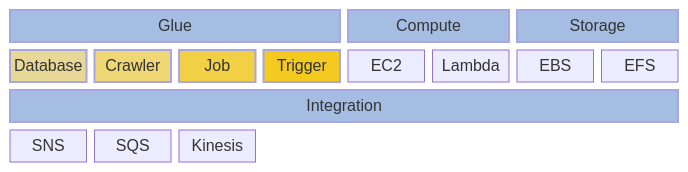
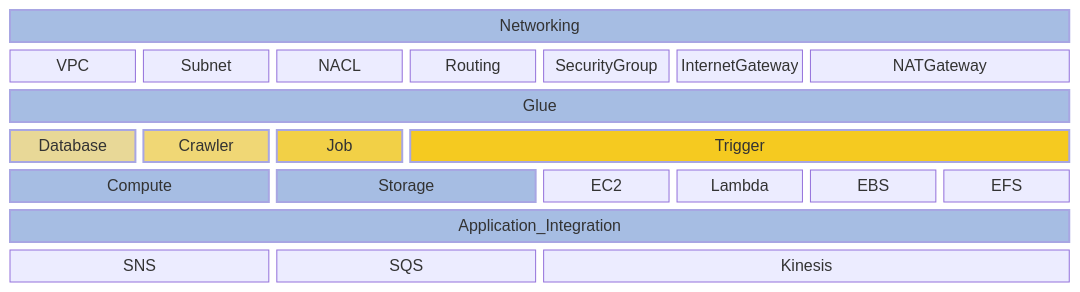
One commit to subhamay-bhattacharyya/.github changed the second of 2 diagrams in profile/README.md. Above: the diagram before and after it, drawn with Mermaid. The commit also changed other lines of this file, not shown here.

````diff
--- a/profile/README.md
+++ b/profile/README.md
@@ -76,17 +76,22 @@
 ```mermaid
 block-beta
       columns 8
-      Glue:4 Compute:2 Storage:2
-      Database:1 Crawler:1 Job:1 Trigger:1 EC2:1 Lambda:1 EBS:1 EFS:1
-      Integration:8
-      SNS:1 SQS:1 Kinesis:1
+      Networking:8
+      VPC:1 Subnet:1 NACL:1 Routing:1 SecurityGroup:1 InternetGateway:1 NATGateway:2
+      Glue:8
+      Database:1 Crawler:1 Job:1 Trigger:5
+      Compute:2 Storage:2
+      EC2:1 Lambda:1 EBS:1 EFS:1
+      Application_Integration:8
+      SNS:2 SQS:2 Kinesis:4
       style Glue fill:#a6bde3,stroke:#a8a6e3,stroke-width:2px
       style Compute fill:#a6bde3,stroke:#a8a6e3,stroke-width:2px
       style Storage fill:#a6bde3,stroke:#a8a6e3,stroke-width:2px
-      style Integration fill:#a6bde3,stroke:#a8a6e3,stroke-width:2px
+      style Application_Integration fill:#a6bde3,stroke:#a8a6e3,stroke-width:2px
+      style Networking fill:#a6bde3,stroke:#a8a6e3,stroke-width:2px
       style Database fill:#e8d897,stroke:#a8a6e3,stroke-width:2px
       style Crawler fill:#f0d775,stroke:#a8a6e3,stroke-width:2px
       style Job fill:#f2d046,stroke:#a8a6e3,stroke-width:2px
       style Trigger fill:#f5ca20,stroke:#a8a6e3,stroke-width:2px
       
 ```
````
